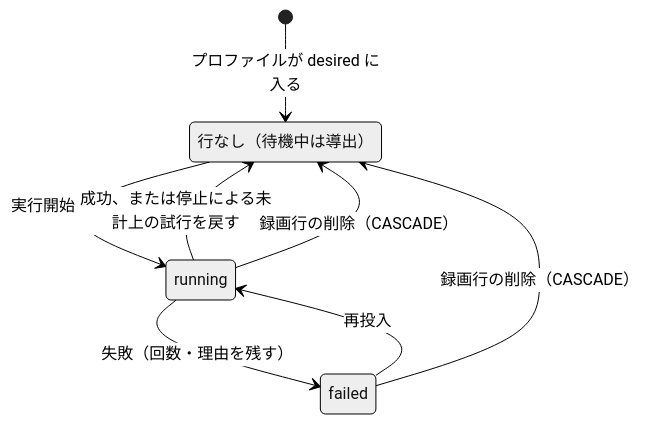
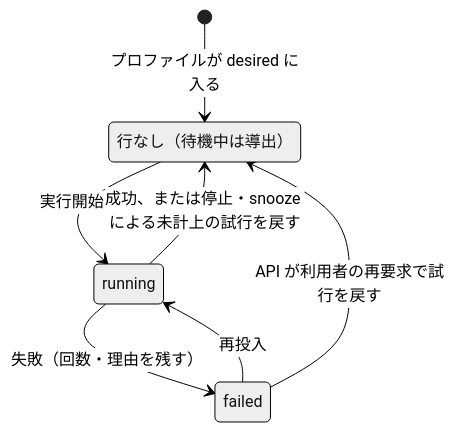
The diagram in docs/schema/recordings/satellites.md (fetburner/rokuban), drawn with Mermaid (neutral theme) before and after one commit. The commit also changed other lines of this file and 15 other files, not shown here.

````diff
--- a/docs/schema/recordings/satellites.md
+++ b/docs/schema/recordings/satellites.md
@@ -292,11 +290,10 @@
 ```mermaid
 stateDiagram-v2
     state "行なし（待機中は導出）" as none
     [*] --> none: プロファイルが desired に入る
     none --> running: 実行開始
     running --> failed: 失敗（回数・理由を残す）
     failed --> running: 再投入
-    running --> none: 成功、または停止による未計上の試行を戻す
-    failed --> none: 録画行の削除（CASCADE）
-    running --> none: 録画行の削除（CASCADE）
+    running --> none: 成功、または停止・snooze による未計上の試行を戻す
+    failed --> none: API が利用者の再要求で試行を戻す
 ```
````
